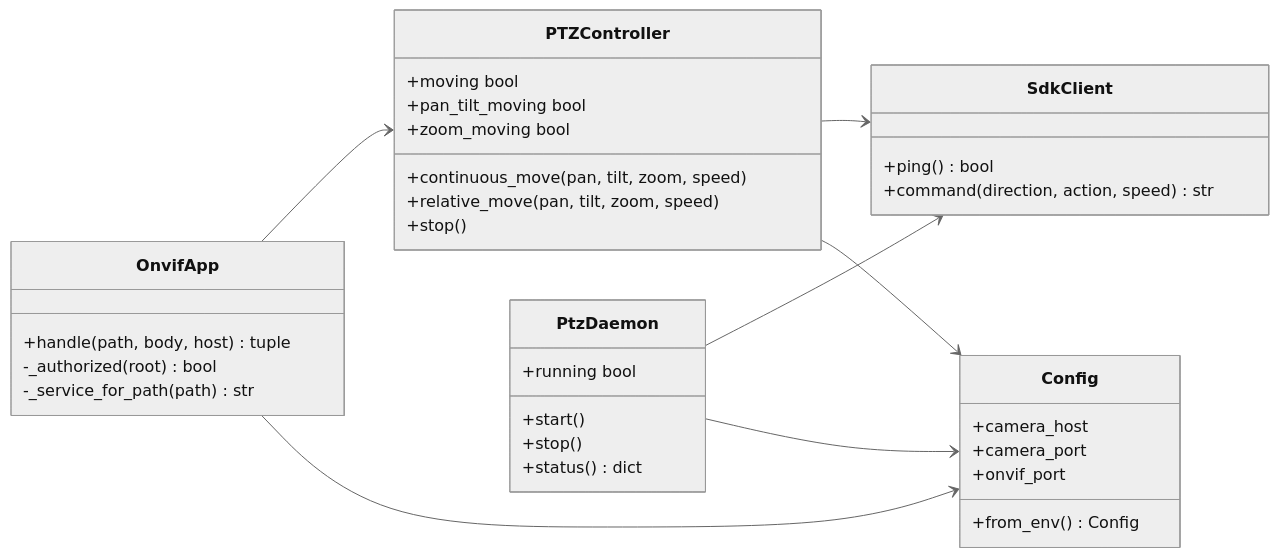
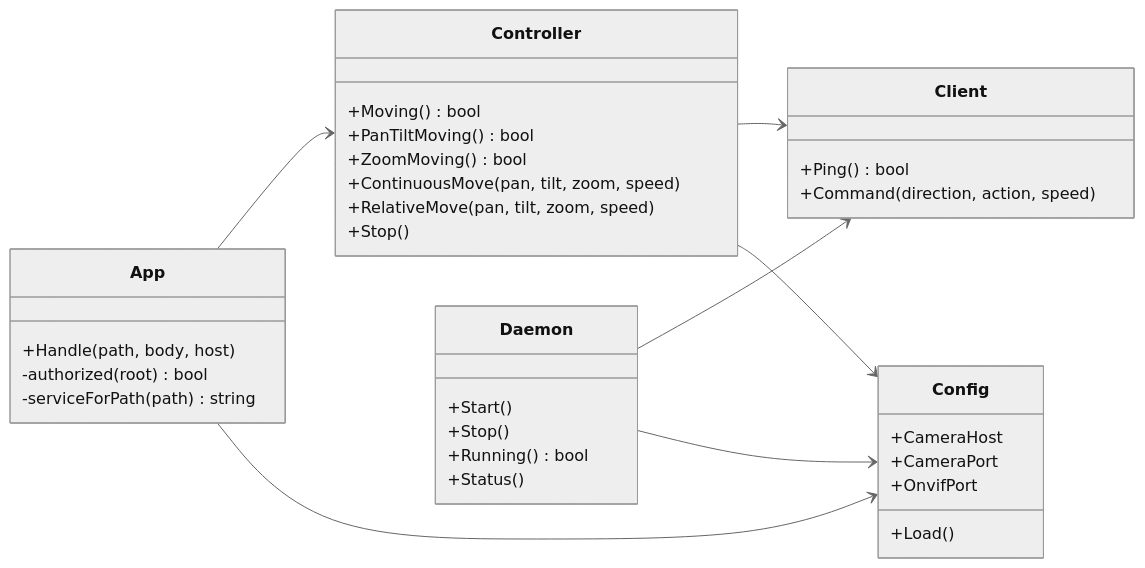
Before and after one commit to mabbas007/ezviz-ptz: the third of 11 diagrams in ARCHITECTURE.md, drawn with Mermaid (neutral theme). The commit also changed other lines of this file and 40 other files, not shown here.

First line of the commit message:
Port the ONVIF bridge from Python to Go

````diff
--- a/ARCHITECTURE.md
+++ b/ARCHITECTURE.md
@@ -137,45 +142,45 @@
 ```mermaid
 classDiagram
     direction LR
 
     class Config {
-        +camera_host
-        +camera_port
-        +onvif_port
-        +from_env() Config
+        +CameraHost
+        +CameraPort
+        +OnvifPort
+        +Load()
     }
 
-    class OnvifApp {
-        +handle(path, body, host) tuple
-        -_authorized(root) bool
-        -_service_for_path(path) str
+    class App {
+        +Handle(path, body, host)
+        -authorized(root) bool
+        -serviceForPath(path) string
     }
 
-    class PTZController {
-        +moving bool
-        +pan_tilt_moving bool
-        +zoom_moving bool
-        +continuous_move(pan, tilt, zoom, speed)
-        +relative_move(pan, tilt, zoom, speed)
-        +stop()
+    class Controller {
+        +Moving() bool
+        +PanTiltMoving() bool
+        +ZoomMoving() bool
+        +ContinuousMove(pan, tilt, zoom, speed)
+        +RelativeMove(pan, tilt, zoom, speed)
+        +Stop()
     }
 
-    class SdkClient {
-        +ping() bool
-        +command(direction, action, speed) str
+    class Client {
+        +Ping() bool
+        +Command(direction, action, speed)
     }
 
-    class PtzDaemon {
-        +start()
-        +stop()
-        +running bool
-        +status() dict
+    class Daemon {
+        +Start()
+        +Stop()
+        +Running() bool
+        +Status()
     }
 
-    OnvifApp --> PTZController
-    OnvifApp --> Config
-    PTZController --> SdkClient
-    PTZController --> Config
-    PtzDaemon --> SdkClient
-    PtzDaemon --> Config
+    App --> Controller
+    App --> Config
+    Controller --> Client
+    Controller --> Config
+    Daemon --> Client
+    Daemon --> Config
 ```
````
